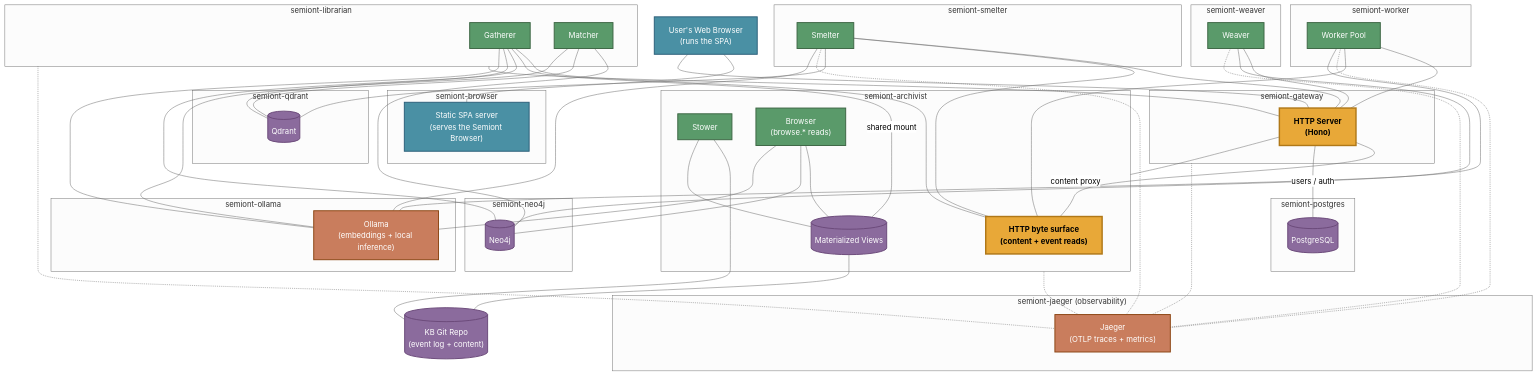
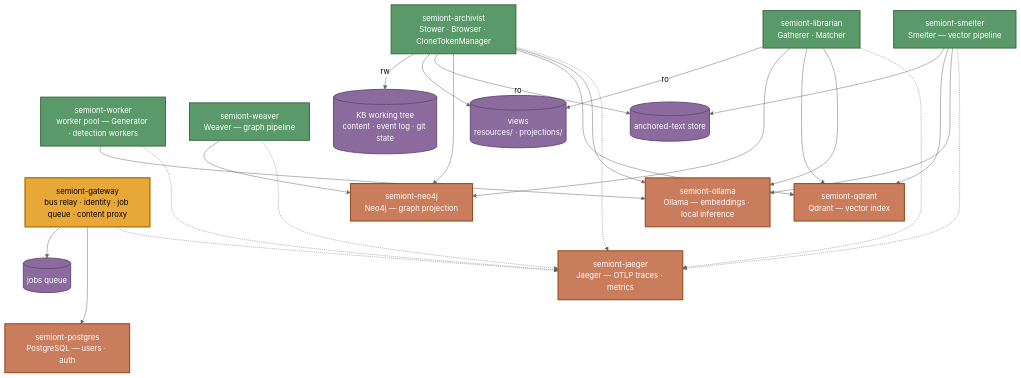
The second of 2 diagrams in docs/system/CONTAINER-TOPOLOGY.md (The-AI-Alliance/semiont), drawn with Mermaid (neutral theme) before and after one commit. The commit also changed other lines of this file and 24 other files, not shown here.

````diff
--- a/docs/system/CONTAINER-TOPOLOGY.md
+++ b/docs/system/CONTAINER-TOPOLOGY.md
@@ -15,108 +67,63 @@
 ```mermaid
 graph TB
-    UB["User's Web Browser<br/>(runs the SPA)"]
+    GW["semiont-gateway<br/>bus relay · identity · job queue · content proxy"]
+    LIB["semiont-librarian<br/>Gatherer · Matcher"]
+    WORKER["semiont-worker<br/>worker pool — Generator · detection workers"]
+    SMELT["semiont-smelter<br/>Smelter — vector pipeline"]
+    WEAVE["semiont-weaver<br/>Weaver — graph pipeline"]
+    ARCH["semiont-archivist<br/>Stower · Browser · CloneTokenManager"]
 
-    subgraph browser_c ["semiont-browser"]
-        SPA["Static SPA server<br/>(serves the Semiont Browser)"]
-    end
+    TREE[("KB working tree<br/>content · event log · git state")]
+    ANCH[("anchored-text store")]
+    VIEWS[("views<br/>resources/ · projections/")]
+    JOBS[("jobs queue")]
 
-    subgraph gateway_c ["semiont-gateway"]
-        HTTPD["HTTP Server<br/>(Hono)"]
-    end
+    NEO["semiont-neo4j<br/>Neo4j — graph projection"]
+    QD["semiont-qdrant<br/>Qdrant — vector index"]
+    OL["semiont-ollama<br/>Ollama — embeddings · local inference"]
+    PG["semiont-postgres<br/>PostgreSQL — users · auth"]
+    JAG["semiont-jaeger<br/>Jaeger — OTLP traces · metrics"]
 
-    subgraph archivist_c ["semiont-archivist"]
-        AHTTP["HTTP byte surface<br/>(content + event reads)"]
-        STOWER["Stower"]
-        BROWSER["Browser<br/>(browse.* reads)"]
-        VIEWS[("Materialized Views")]
-    end
+    ARCH -->|rw| TREE
+    ARCH --> VIEWS
+    LIB -->|ro| VIEWS
+    SMELT --> ANCH
+    ARCH -->|ro| ANCH
+    GW --> JOBS
 
-    subgraph librarian_c ["semiont-librarian"]
-        GATHERER["Gatherer"]
-        MATCHER["Matcher"]
-    end
+    WEAVE --> NEO
+    ARCH --> NEO
+    LIB --> NEO
+    SMELT --> QD
+    ARCH --> QD
+    LIB --> QD
+    SMELT --> OL
+    ARCH --> OL
+    LIB --> OL
+    WORKER --> OL
+    GW --> PG
 
-    GIT[("KB Git Repo<br/>(event log + content)")]
+    GW -.-> JAG
+    ARCH -.-> JAG
+    LIB -.-> JAG
+    WORKER -.-> JAG
+    SMELT -.-> JAG
+    WEAVE -.-> JAG
 
-    subgraph worker_c ["semiont-worker"]
-        WORKERS["Worker Pool"]
-    end
+    classDef svc fill:#5a9a6a,stroke:#3d6644,stroke-width:2px,color:#fff
+    classDef hub fill:#e8a838,stroke:#b07818,stroke-width:3px,color:#000
+    classDef infra fill:#c97d5d,stroke:#8b4513,stroke-width:2px,color:#fff
+    classDef store fill:#8b6b9d,stroke:#6b4a7a,stroke-width:2px,color:#fff
 
-    subgraph smelter_c ["semiont-smelter"]
-        SMELTER["Smelter"]
-    end
+    class LIB,WORKER,SMELT,WEAVE,ARCH svc
+    class GW hub
+    class NEO,QD,OL,PG,JAG infra
+    class TREE,ANCH,VIEWS,JOBS store
 
-    subgraph weaver_c ["semiont-weaver"]
-        WEAVER["Weaver"]
-    end
-
-    subgraph pg_c ["semiont-postgres"]
-        PG[("PostgreSQL")]
-    end
-
-    subgraph neo_c ["semiont-neo4j"]
-        NEO[("Neo4j")]
-    end
-
-    subgraph qd_c ["semiont-qdrant"]
-        QD[("Qdrant")]
-    end
-
-    subgraph ol_c ["semiont-ollama"]
-        OL["Ollama<br/>(embeddings + local inference)"]
-    end
-
-    subgraph jag_c ["semiont-jaeger (observability)"]
-        JAG["Jaeger<br/>(OTLP traces + metrics)"]
-    end
-
-    UB --- SPA
-    UB --- HTTPD
-    WORKERS --- HTTPD
-    SMELTER --- HTTPD
-    WEAVER --- HTTPD
-    archivist_c --- HTTPD
-    librarian_c --- HTTPD
-
-    HTTPD ---|"content proxy"| AHTTP
-    SMELTER --- AHTTP
-    GATHERER --- AHTTP
-    WORKERS --- AHTTP
-
-    STOWER --- GIT
-    STOWER --- VIEWS
-    VIEWS --- GIT
-    BROWSER --- VIEWS
-    GATHERER ---|"shared mount"| VIEWS
-    WEAVER --- NEO
-    SMELTER --- QD
-    BROWSER --- NEO
-    BROWSER --- OL
-    HTTPD ---|"users / auth"| PG
-    gateway_c -.- JAG
-    archivist_c -.- JAG
-    librarian_c -.- JAG
-    WORKERS -.- JAG
-    SMELTER -.- JAG
-    WEAVER -.- JAG
-    WORKERS --- OL
-    SMELTER --- OL
-    GATHERER --- NEO
-    GATHERER --- QD
-    GATHERER --- OL
-    MATCHER --- NEO
-    MATCHER --- QD
-    MATCHER --- OL
-
-    classDef http fill:#e8a838,stroke:#b07818,stroke-width:3px,color:#000,font-weight:bold
-    classDef actor fill:#5a9a6a,stroke:#3d6644,stroke-width:2px,color:#fff
-    classDef store fill:#8b6b9d,stroke:#6b4a7a,stroke-width:2px,color:#fff
-    classDef spa fill:#4a90a4,stroke:#2c5f7a,stroke-width:2px,color:#fff
-    classDef service fill:#c97d5d,stroke:#8b4513,stroke-width:2px,color:#fff
-
-    class HTTPD,AHTTP http
-    class STOWER,BROWSER,GATHERER,MATCHER,WEAVER,WORKERS,SMELTER actor
-    class GIT,VIEWS,PG,NEO,QD store
-    class SPA,UB spa
-    class OL,JAG service
+    TREE ~~~ NEO
+    VIEWS ~~~ QD
+    ANCH ~~~ OL
+    JOBS ~~~ PG
+    QD ~~~ JAG
+    OL ~~~ JAG
 ```
````
